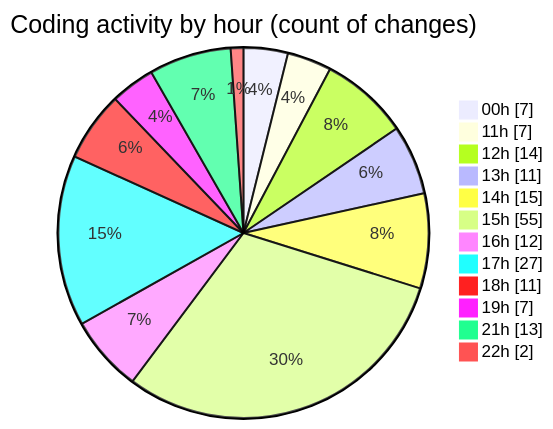
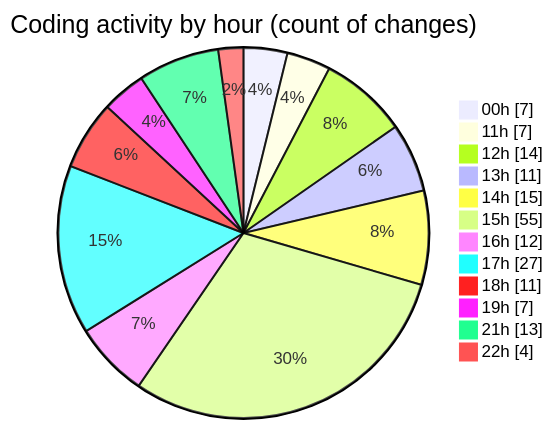
One commit to julien-gomy/code-tracking changed the second of 2 diagrams in 2025-10-08/eventscop-frontend-guide__workspace_/README.md. Above: the diagram before and after it, drawn with Mermaid. The commit also changed other lines of this file and 1 other file, not shown here.

````diff
--- a/2025-10-08/eventscop-frontend-guide__workspace_/README.md
+++ b/2025-10-08/eventscop-frontend-guide__workspace_/README.md
@@ -73,16 +74,16 @@
 ```mermaid
 pie showData
 title Coding activity by hour (count of changes)
 "00h" : 7
 "11h" : 7
 "12h" : 14
 "13h" : 11
 "14h" : 15
 "15h" : 55
 "16h" : 12
 "17h" : 27
 "18h" : 11
 "19h" : 7
 "21h" : 13
-"22h" : 2
+"22h" : 4
 ```
````
